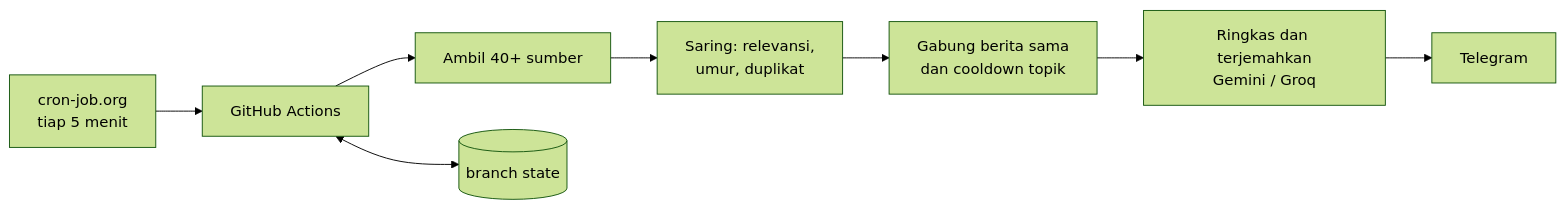
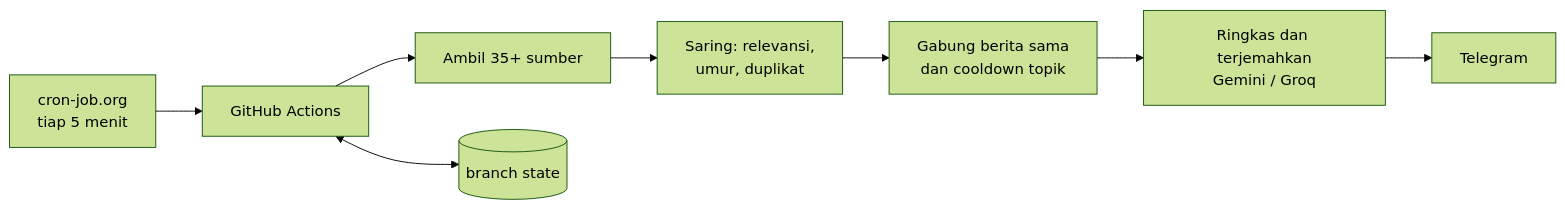
One commit to 8prads/manutd changed the diagram in README.md. Above: the diagram before and after it, drawn with Mermaid (forest theme). The commit also changed other lines of this file, not shown here.

````diff
--- a/README.md
+++ b/README.md
@@ -41,10 +43,10 @@
 ```mermaid
 flowchart LR
     A[cron-job.org<br/>tiap 5 menit] --> B[GitHub Actions]
-    B --> C[Ambil 40+ sumber]
+    B --> C[Ambil 35+ sumber]
     C --> D[Saring: relevansi,<br/>umur, duplikat]
     D --> E[Gabung berita sama<br/>dan cooldown topik]
     E --> F[Ringkas dan terjemahkan<br/>Gemini / Groq]
     F --> G[Telegram]
     B <--> H[(branch state)]
 ```
````
